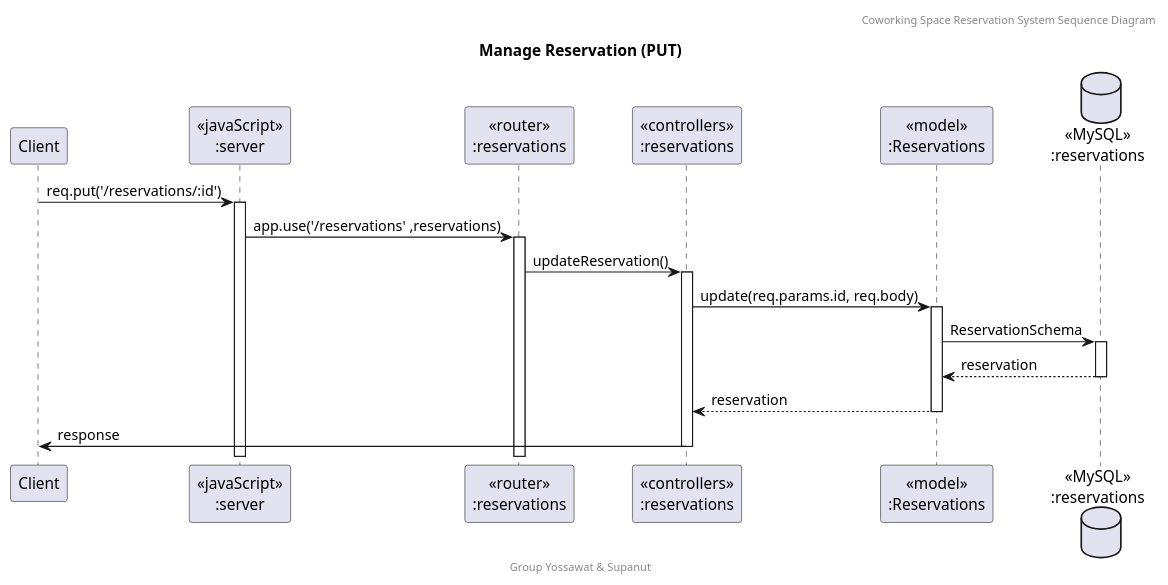
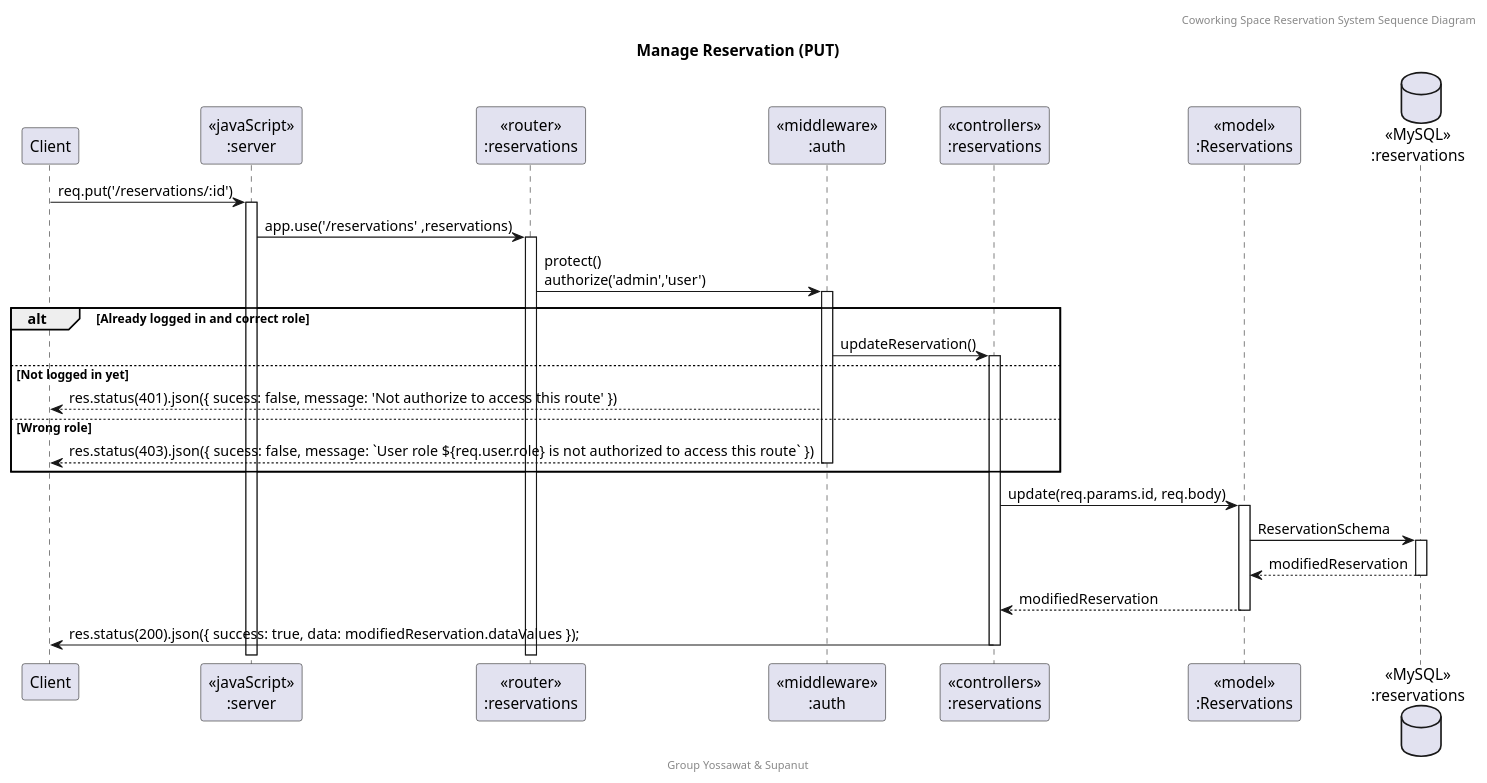
The diagram in doc/Sequence Diagram/puml/Re_Put.puml (SupanutT/sw-dev-prac-project), drawn with PlantUML before and after one commit. The commit also changed 8 other files, not shown here.

Commit message:
feat: sequence diagram (reservation)

```diff
--- a/doc/Sequence Diagram/puml/Re_Put.puml
+++ b/doc/Sequence Diagram/puml/Re_Put.puml
@@ -1,23 +1,31 @@
 @startuml Manage Reservation (PUT)
 
 header Coworking Space Reservation System Sequence Diagram
 footer Group Yossawat & Supanut
 title "Manage Reservation (PUT)"
 
 participant "Client" as client
 participant "<<javaScript>>\n:server" as server
 participant "<<router>>\n:reservations" as routerReservations
+participant "<<middleware>>\n:auth" as middleware
 participant "<<controllers>>\n:reservations" as controllersReservations
 participant "<<model>>\n:Reservations" as modelReservation
 database "<<MySQL>>\n:reservations" as ReservationsDatabase
 
 client -> server ++:req.put('/reservations/:id')
 server -> routerReservations ++:app.use('/reservations' ,reservations)
-routerReservations -> controllersReservations ++: updateReservation()
+routerReservations -> middleware ++:protect()\nauthorize('admin','user')
+alt Already logged in and correct role
+    middleware -> controllersReservations ++: updateReservation()
+else Not logged in yet
+    middleware --> client : res.status(401).json({ sucess: false, message: 'Not authorize to access this route' })
+else Wrong role
+    middleware --> client --: res.status(403).json({ sucess: false, message: `User role ${req.user.role} is not authorized to access this route` })
+end
 controllersReservations -> modelReservation ++: update(req.params.id, req.body)
 modelReservation -> ReservationsDatabase ++: ReservationSchema
-ReservationsDatabase --> modelReservation --: reservation
-controllersReservations <-- modelReservation --: reservation
-controllersReservations -> client --:response
+ReservationsDatabase --> modelReservation --: modifiedReservation
+controllersReservations <-- modelReservation --: modifiedReservation
+controllersReservations -> client --:res.status(200).json({ success: true, data: modifiedReservation.dataValues });
 
 @enduml
```
